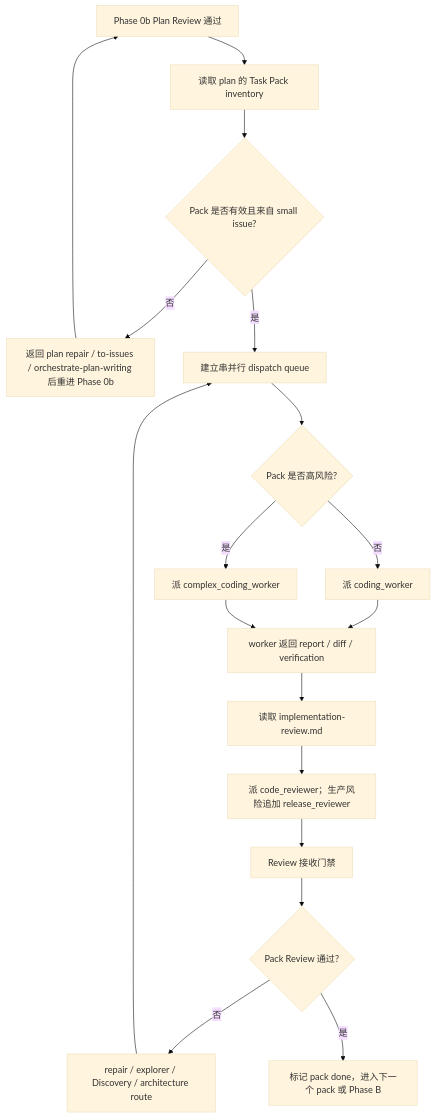
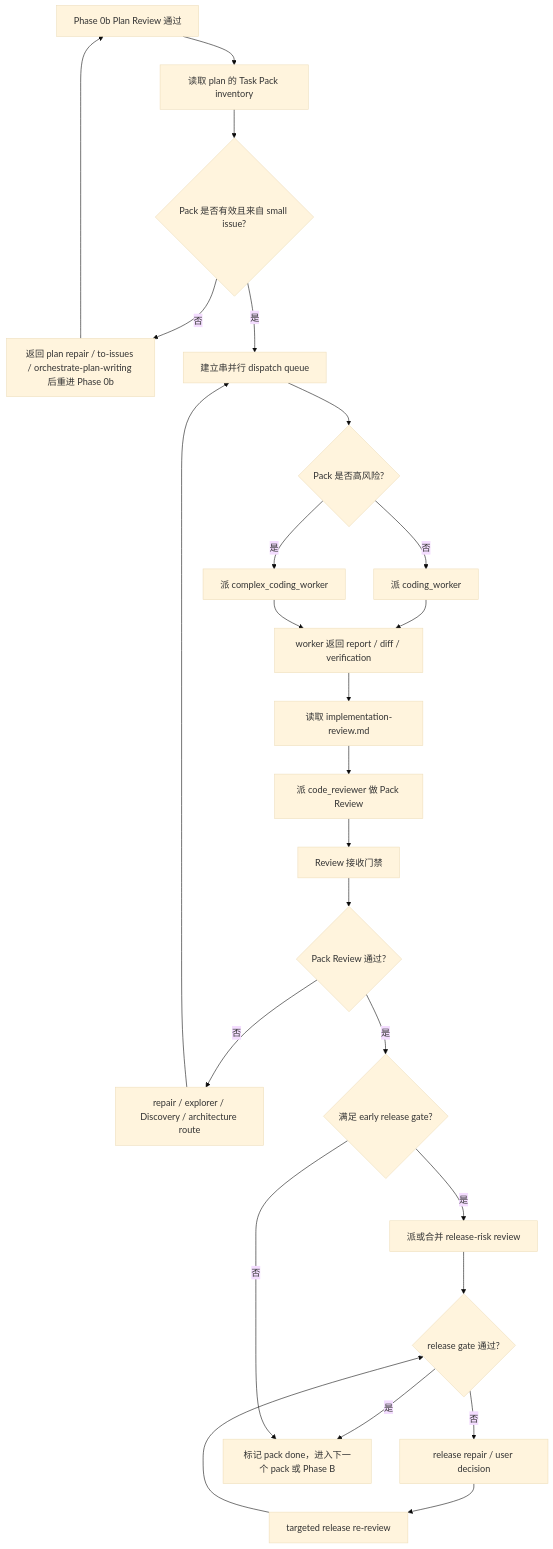
Before and after one commit to chancheuklap/multi-model-workflow: the diagram in .agents/skills/orchestrate-workflow/references/dispatch-contract.md, drawn with Mermaid (base theme). The commit also changed other lines of this file and 22 other files, not shown here.

````diff
--- a/.agents/skills/orchestrate-workflow/references/dispatch-contract.md
+++ b/.agents/skills/orchestrate-workflow/references/dispatch-contract.md
@@ -40,20 +53,27 @@
 ```mermaid
 flowchart TD
     A["Phase 0b Plan Review 通过"] --> B["读取 plan 的 Task Pack inventory"]
     B --> C{"Pack 是否有效且来自 small issue?"}
     C -->|否| D["返回 plan repair / to-issues / orchestrate-plan-writing 后重进 Phase 0b"]
     D --> A
     C -->|是| E["建立串并行 dispatch queue"]
     E --> F{"Pack 是否高风险?"}
     F -->|否| G["派 coding_worker"]
     F -->|是| H["派 complex_coding_worker"]
     G --> I["worker 返回 report / diff / verification"]
     H --> I
     I --> J["读取 implementation-review.md"]
-    J --> K["派 code_reviewer；生产风险追加 release_reviewer"]
+    J --> K["派 code_reviewer 做 Pack Review"]
     K --> L["Review 接收门禁"]
     L --> M{"Pack Review 通过?"}
     M -->|否| N["repair / explorer / Discovery / architecture route"]
     N --> E
-    M -->|是| O["标记 pack done，进入下一个 pack 或 Phase B"]
+    M -->|是| O{"满足 early release gate?"}
+    O -->|是| P["派或合并 release-risk review"]
+    P --> Q{"release gate 通过?"}
+    Q -->|否| S["release repair / user decision"]
+    S --> T["targeted release re-review"]
+    T --> Q
+    Q -->|是| R["标记 pack done，进入下一个 pack 或 Phase B"]
+    O -->|否| R
 ```
````
